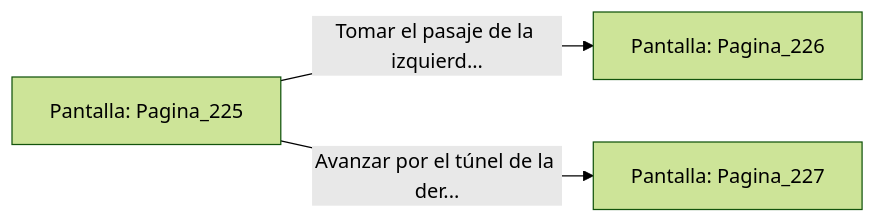
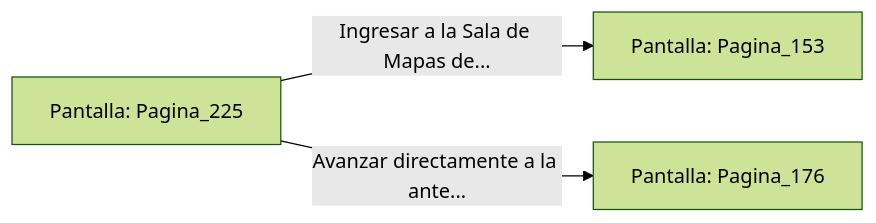
The diagram in sample/eligejuego-vault/Pantalla_Pagina_225.md (metsuke/mpl), drawn with Mermaid (forest theme) before and after one commit. The commit also changed other lines of this file and 635 other files, not shown here.

First line of the commit message:
fix: añadir Pagina_1 como pantalla inicial en capitulo_01.mpl

````diff
--- a/sample/eligejuego-vault/Pantalla_Pagina_225.md
+++ b/sample/eligejuego-vault/Pantalla_Pagina_225.md
@@ -20,6 +24,6 @@
 ```mermaid
 graph LR
     P_Pagina_225["Pantalla: Pagina_225"]
-    P_Pagina_225 -->|"Tomar el pasaje de la izquierd..."| P_Pagina_226["Pantalla: Pagina_226"]
-    P_Pagina_225 -->|"Avanzar por el túnel de la der..."| P_Pagina_227["Pantalla: Pagina_227"]
+    P_Pagina_225 -->|"Ingresar a la Sala de Mapas de..."| P_Pagina_153["Pantalla: Pagina_153"]
+    P_Pagina_225 -->|"Avanzar directamente a la ante..."| P_Pagina_176["Pantalla: Pagina_176"]
 ```
````
